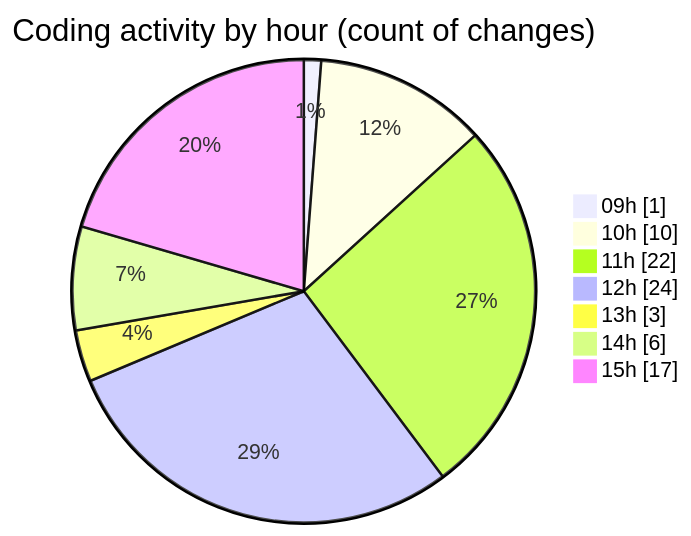
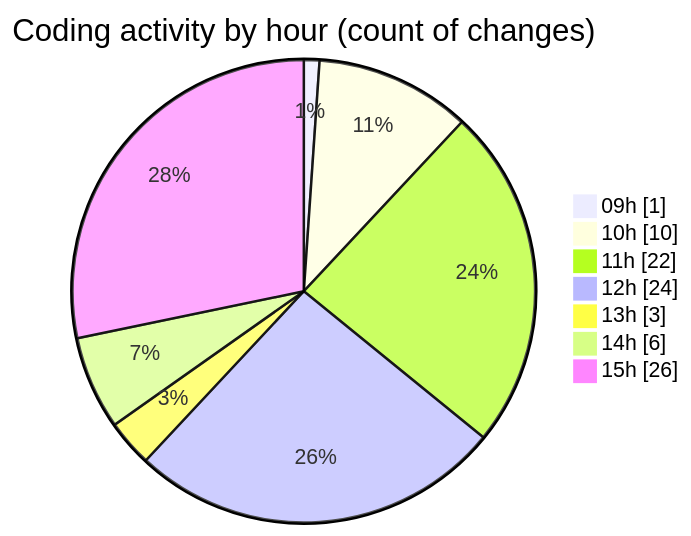
The second of 2 diagrams in 2025-07-09/cda/README.md (momahboobian/code-tracking), drawn with Mermaid before and after one commit. The commit also changed other lines of this file and 1 other file, not shown here.

````diff
--- a/2025-07-09/cda/README.md
+++ b/2025-07-09/cda/README.md
@@ -50,11 +50,11 @@
 ```mermaid
 pie showData
 title Coding activity by hour (count of changes)
 "09h" : 1
 "10h" : 10
 "11h" : 22
 "12h" : 24
 "13h" : 3
 "14h" : 6
-"15h" : 17
+"15h" : 26
 ```
````
